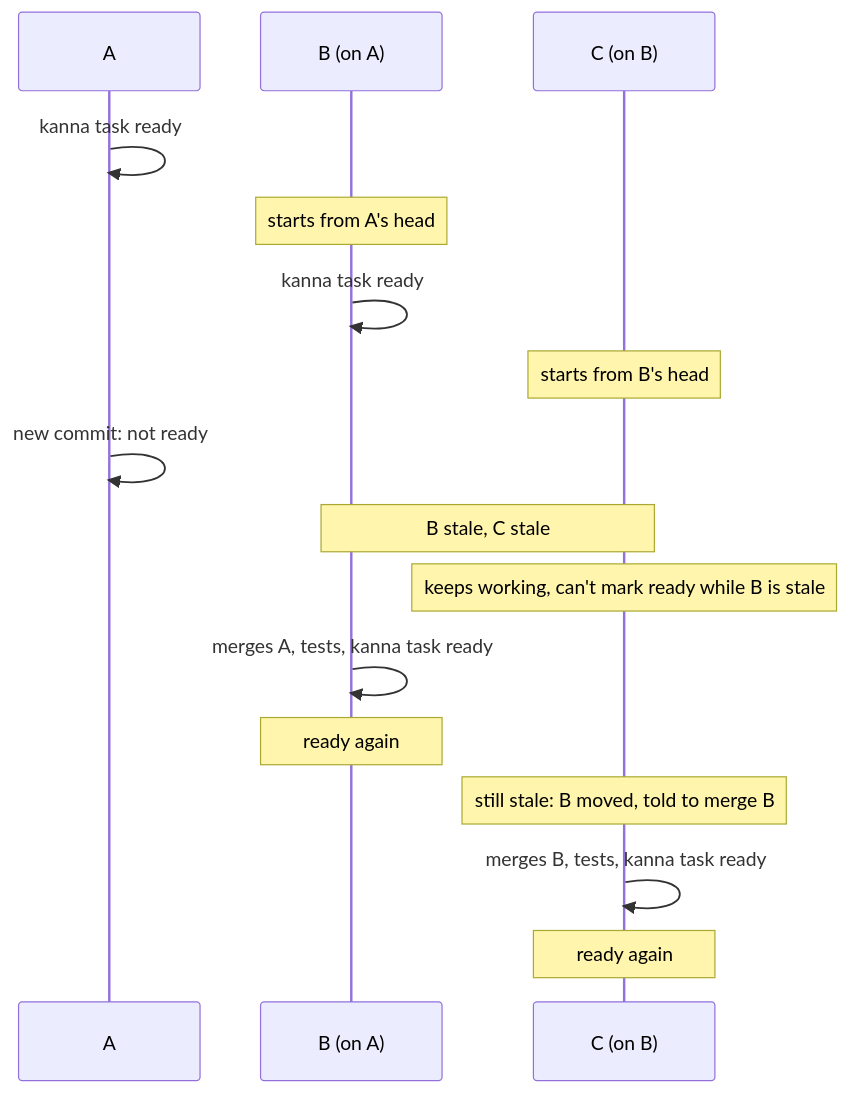
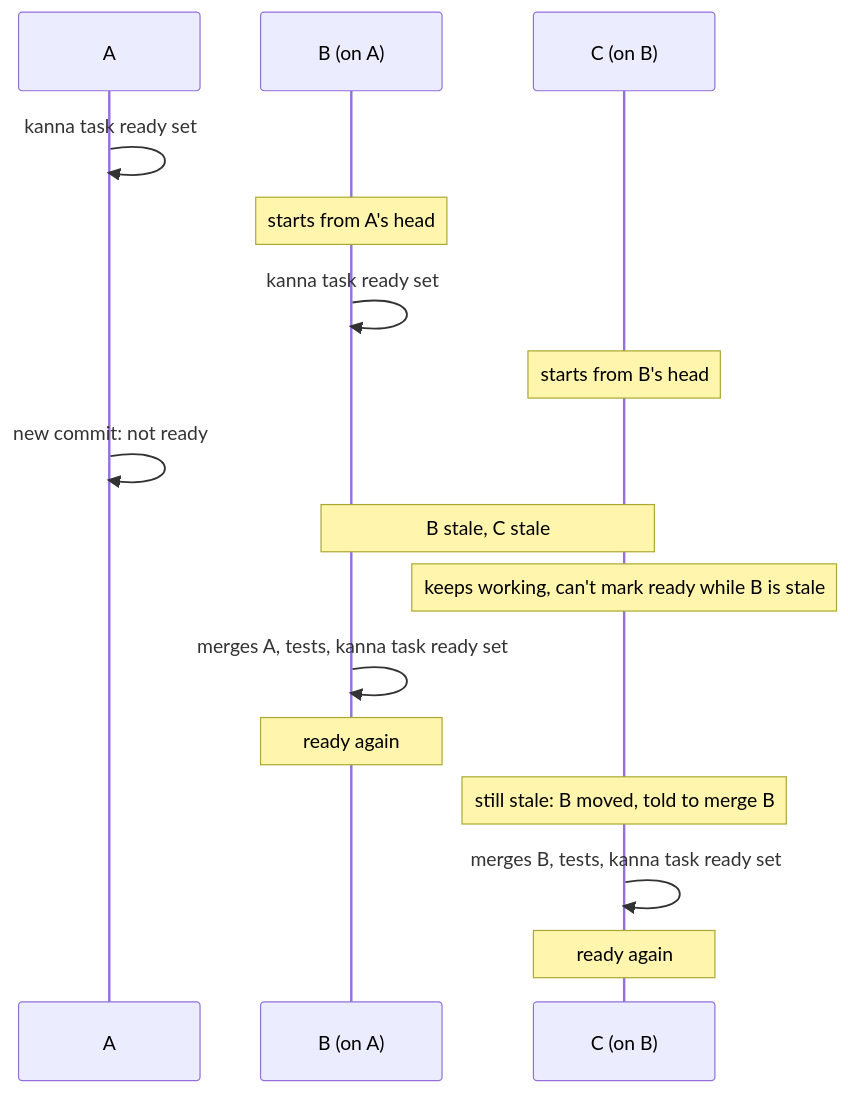
Before and after one commit to tampopogk/kanna: the second of 3 diagrams in docs/specs/stacked-tasks.md, drawn with Mermaid. The commit also changed other lines of this file and 6 other files, not shown here.

Commit message:
Stacked tasks: kanna task ready set|clear replaces ready and unready

````diff
--- a/docs/specs/stacked-tasks.md
+++ b/docs/specs/stacked-tasks.md
@@ -54,18 +54,18 @@
 ```mermaid
 sequenceDiagram
     participant A
     participant B as B (on A)
     participant C as C (on B)
-    A->>A: kanna task ready
+    A->>A: kanna task ready set
     Note over B: starts from A's head
-    B->>B: kanna task ready
+    B->>B: kanna task ready set
     Note over C: starts from B's head
     A->>A: new commit: not ready
     Note over B,C: B stale, C stale
     Note over C: keeps working, can't mark ready while B is stale
-    B->>B: merges A, tests, kanna task ready
+    B->>B: merges A, tests, kanna task ready set
     Note over B: ready again
     Note over C: still stale: B moved, told to merge B
-    C->>C: merges B, tests, kanna task ready
+    C->>C: merges B, tests, kanna task ready set
     Note over C: ready again
 ```
````
